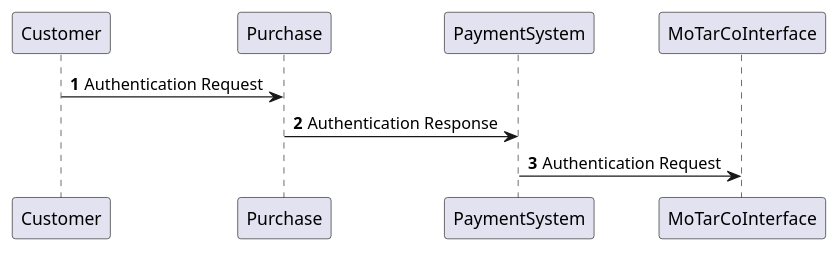
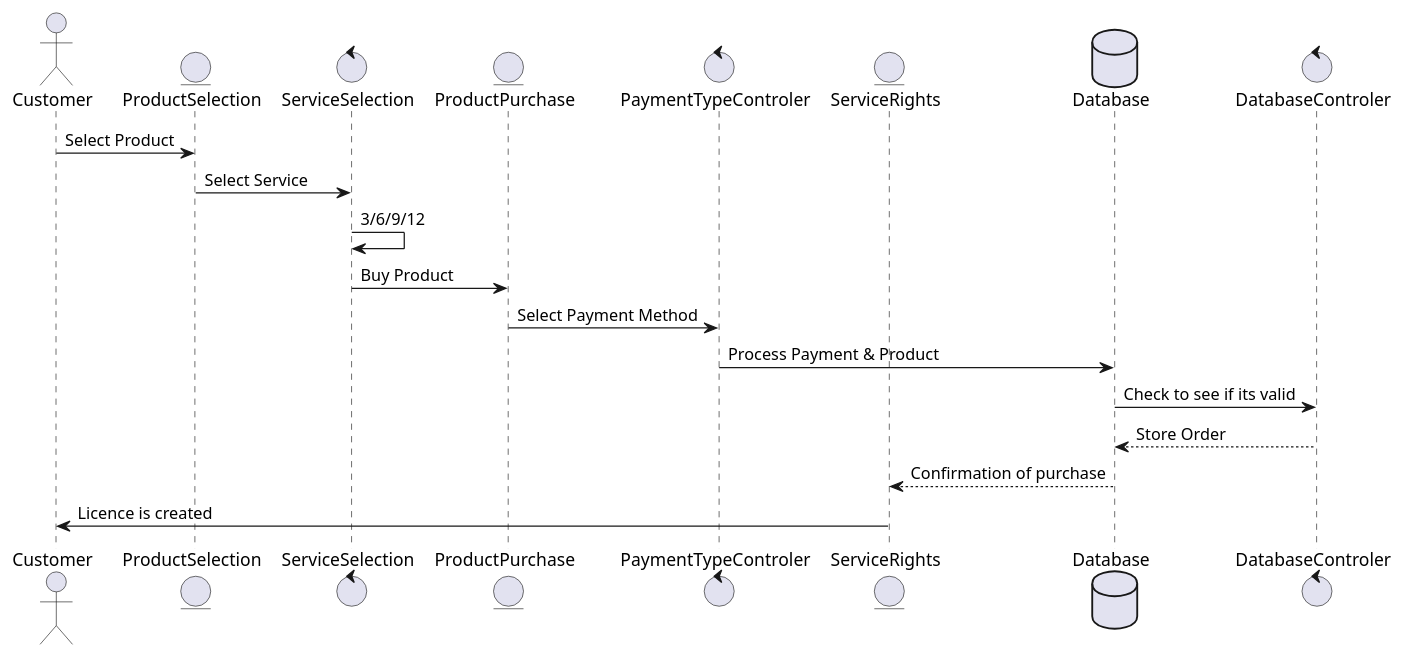
One commit to ljbg1996/car-backend changed the diagram in 1.0 SequenceDiagram.puml. Above: the diagram before and after it, drawn with PlantUML. The commit also changed other lines of this file, not shown here.

Commit message:
Created SequenceDiagram

```diff
--- a/1.0 SequenceDiagram.puml
+++ b/1.0 SequenceDiagram.puml
@@ -1,10 +1,28 @@
 @startuml
 'https://plantuml.com/sequence-diagram
 
-autonumber
+actor Customer
+entity ProductSelection
+control ServiceSelection
+entity ProductPurchase
+control PaymentTypeControler
+entity ServiceRights
+database Database
+control DatabaseControler
 
-Customer-> Purchase: Authentication Request
-Purchase-> PaymentSystem: Authentication Response
 
-PaymentSystem-> MoTarCoInterface: Authentication Request
+Customer -> ProductSelection:Select Product
+ProductSelection -> ServiceSelection: Select Service
+ServiceSelection -> ServiceSelection:3/6/9/12
+ServiceSelection -> ProductPurchase: Buy Product
+ProductPurchase -> PaymentTypeControler: Select Payment Method
+PaymentTypeControler -> Database: Process Payment & Product
+Database -> DatabaseControler: Check to see if its valid
+DatabaseControler --> Database: Store Order
+Database --> ServiceRights: Confirmation of purchase
+ServiceRights ->Customer: Licence is created
+
+
+
+
 @enduml
```
